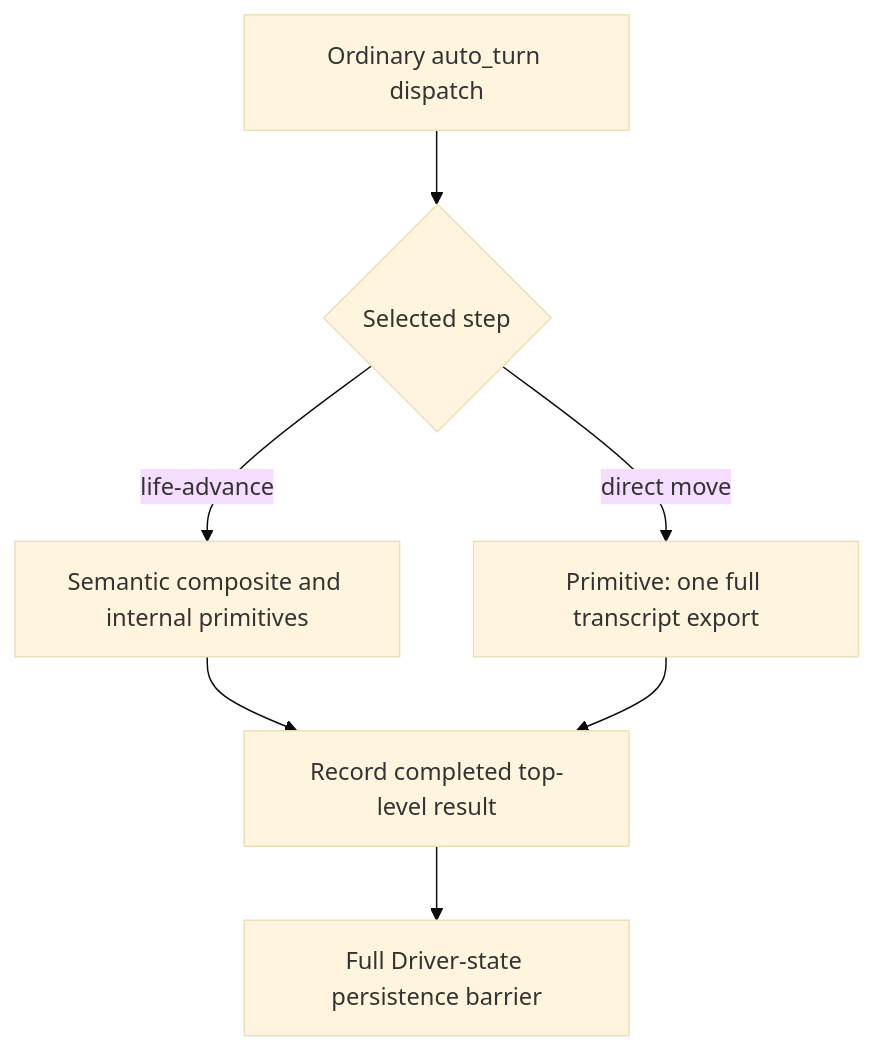
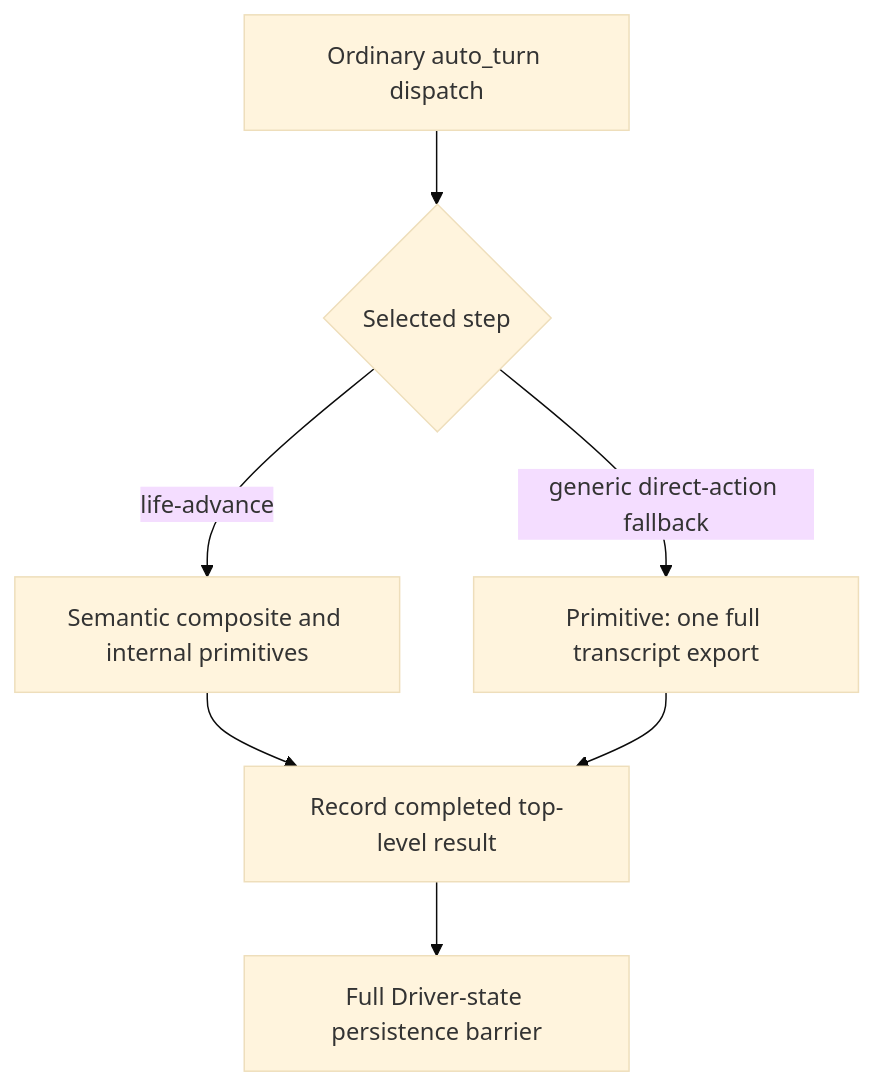
The diagram in docs/ck3-native-ai/battle-terminal-person-readonly-history-12004.md (XenoAmess/ck3_eternal_recurrence), drawn with Mermaid (base theme) before and after one commit. The commit also changed other lines of this file, not shown here.

````diff
--- a/docs/ck3-native-ai/battle-terminal-person-readonly-history-12004.md
+++ b/docs/ck3-native-ai/battle-terminal-person-readonly-history-12004.md
@@ -112,9 +114,9 @@
 ```mermaid
 flowchart TD
     A["Ordinary auto_turn dispatch"] --> B{"Selected step"}
     B -->|life-advance| C["Semantic composite and internal primitives"]
-    B -->|direct move| D["Primitive: one full transcript export"]
+    B -->|generic direct-action fallback| D["Primitive: one full transcript export"]
     C --> E["Record completed top-level result"]
     D --> E
     E --> F["Full Driver-state persistence barrier"]
 ```
````
